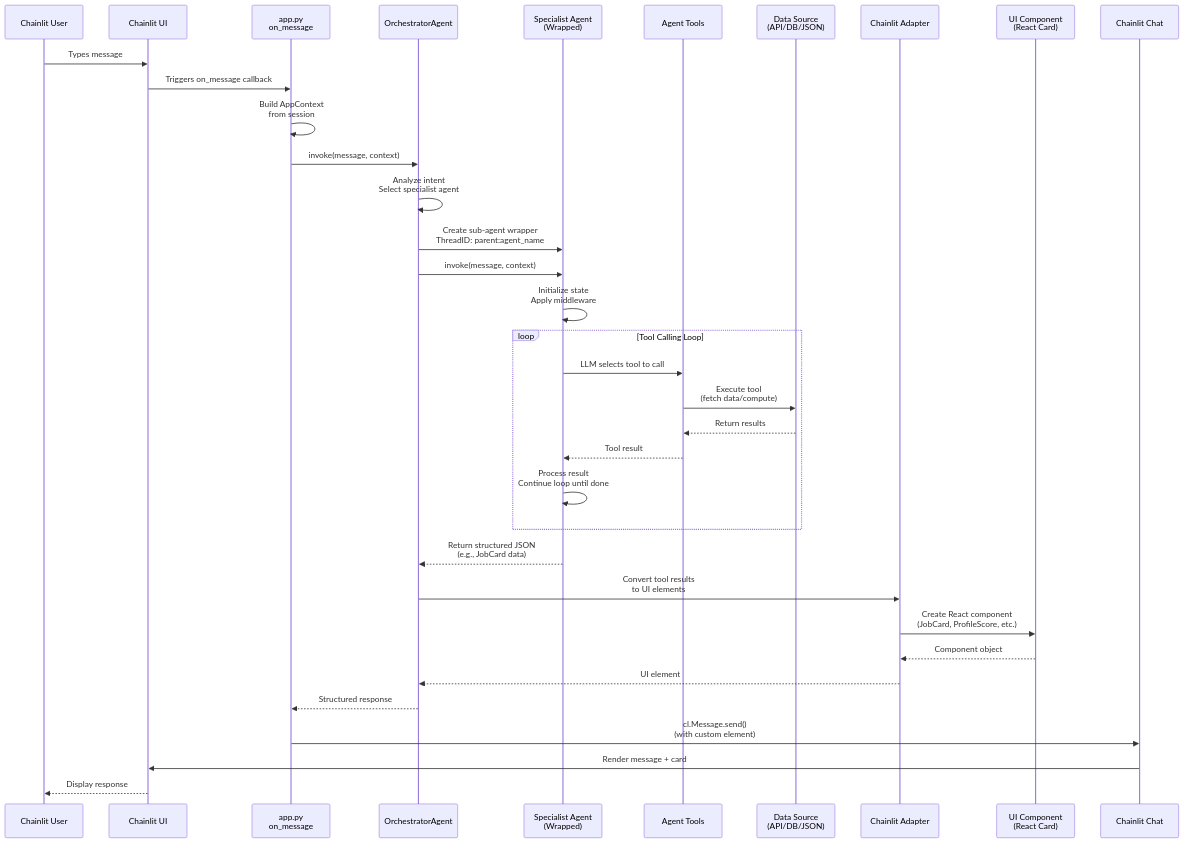
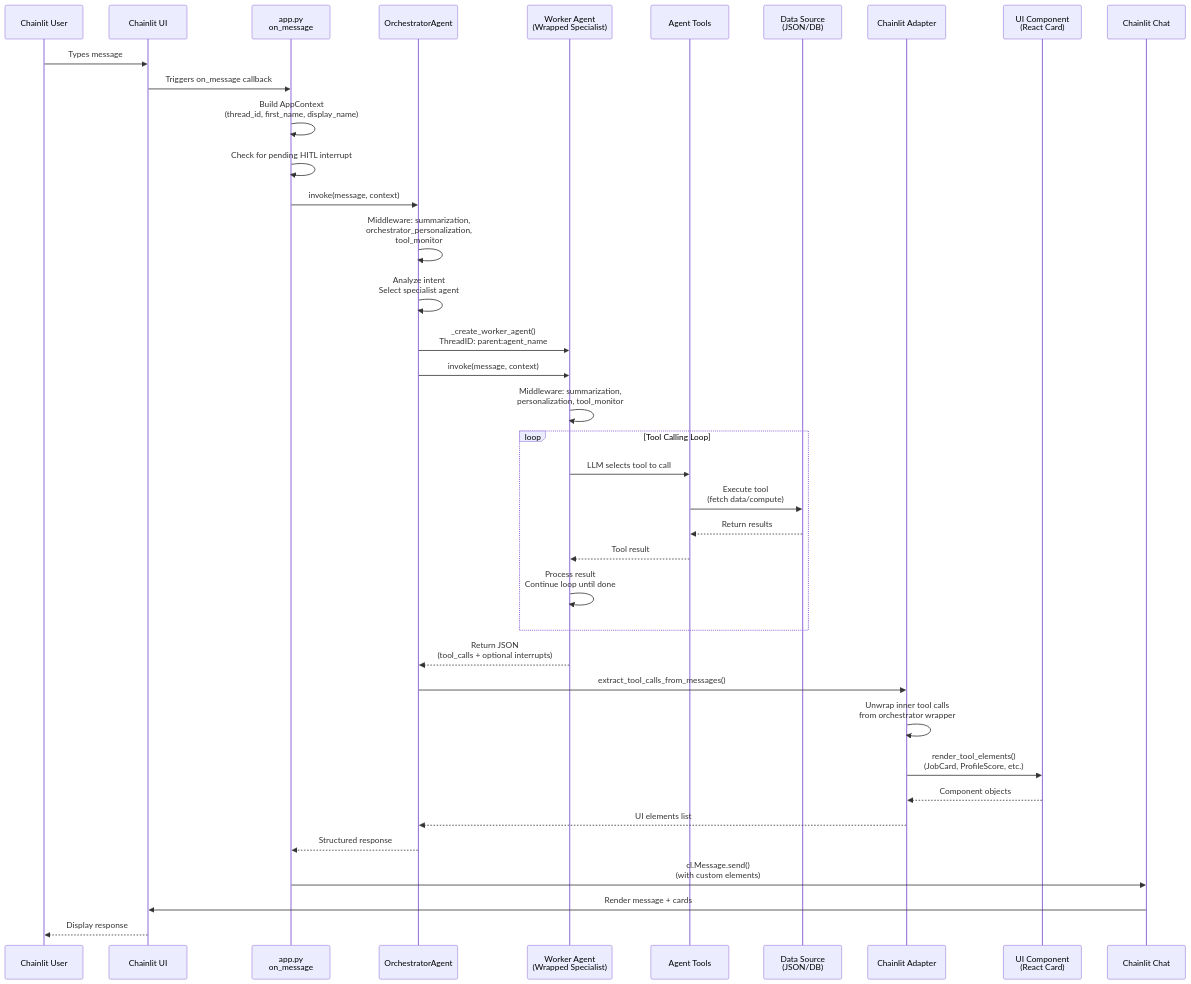
The first of 2 diagrams in docs/architecture/02-message-flow.md (savipk/autochat), drawn with Mermaid before and after one commit. The commit also changed other lines of this file and 27 other files, not shown here.

Commit message:
modify profile agent

````diff
--- a/docs/architecture/02-message-flow.md
+++ b/docs/architecture/02-message-flow.md
@@ -7,47 +7,50 @@
 ```mermaid
 sequenceDiagram
     participant User as Chainlit User
     participant UI as Chainlit UI
     participant AppPy as app.py<br/>on_message
     participant Orchestrator as OrchestratorAgent
-    participant SubAgent as Specialist Agent<br/>(Wrapped)
+    participant Worker as Worker Agent<br/>(Wrapped Specialist)
     participant Tools as Agent Tools
-    participant DataSrc as Data Source<br/>(API/DB/JSON)
+    participant DataSrc as Data Source<br/>(JSON/DB)
     participant Adapter as Chainlit Adapter
     participant CardComponent as UI Component<br/>(React Card)
     participant ResponseUI as Chainlit Chat
 
     User->>UI: Types message
     UI->>AppPy: Triggers on_message callback
-    AppPy->>AppPy: Build AppContext<br/>from session
+    AppPy->>AppPy: Build AppContext<br/>(thread_id, first_name, display_name)
+    AppPy->>AppPy: Check for pending HITL interrupt
     AppPy->>Orchestrator: invoke(message, context)
 
+    Orchestrator->>Orchestrator: Middleware: summarization,<br/>orchestrator_personalization,<br/>tool_monitor
     Orchestrator->>Orchestrator: Analyze intent<br/>Select specialist agent
 
-    Orchestrator->>SubAgent: Create sub-agent wrapper<br/>ThreadID: parent:agent_name
-    Orchestrator->>SubAgent: invoke(message, context)
+    Orchestrator->>Worker: _create_worker_agent()<br/>ThreadID: parent:agent_name
+    Orchestrator->>Worker: invoke(message, context)
 
-    SubAgent->>SubAgent: Initialize state<br/>Apply middleware
+    Worker->>Worker: Middleware: summarization,<br/>personalization, tool_monitor
 
     loop Tool Calling Loop
-        SubAgent->>Tools: LLM selects tool to call
+        Worker->>Tools: LLM selects tool to call
         Tools->>DataSrc: Execute tool<br/>(fetch data/compute)
         DataSrc-->>Tools: Return results
-        Tools-->>SubAgent: Tool result
-        SubAgent->>SubAgent: Process result<br/>Continue loop until done
+        Tools-->>Worker: Tool result
+        Worker->>Worker: Process result<br/>Continue loop until done
     end
 
-    SubAgent-->>Orchestrator: Return structured JSON<br/>(e.g., JobCard data)
+    Worker-->>Orchestrator: Return JSON<br/>(tool_calls + optional interrupts)
 
-    Orchestrator->>Adapter: Convert tool results<br/>to UI elements
-    Adapter->>CardComponent: Create React component<br/>(JobCard, ProfileScore, etc.)
-    CardComponent-->>Adapter: Component object
+    Orchestrator->>Adapter: extract_tool_calls_from_messages()
+    Adapter->>Adapter: Unwrap inner tool calls<br/>from orchestrator wrapper
+    Adapter->>CardComponent: render_tool_elements()<br/>(JobCard, ProfileScore, etc.)
+    CardComponent-->>Adapter: Component objects
 
-    Adapter-->>Orchestrator: UI element
+    Adapter-->>Orchestrator: UI elements list
 
     Orchestrator-->>AppPy: Structured response
 
-    AppPy->>ResponseUI: cl.Message.send()<br/>(with custom element)
-    ResponseUI->>UI: Render message + card
+    AppPy->>ResponseUI: cl.Message.send()<br/>(with custom elements)
+    ResponseUI->>UI: Render message + cards
     UI-->>User: Display response
 ```
````
